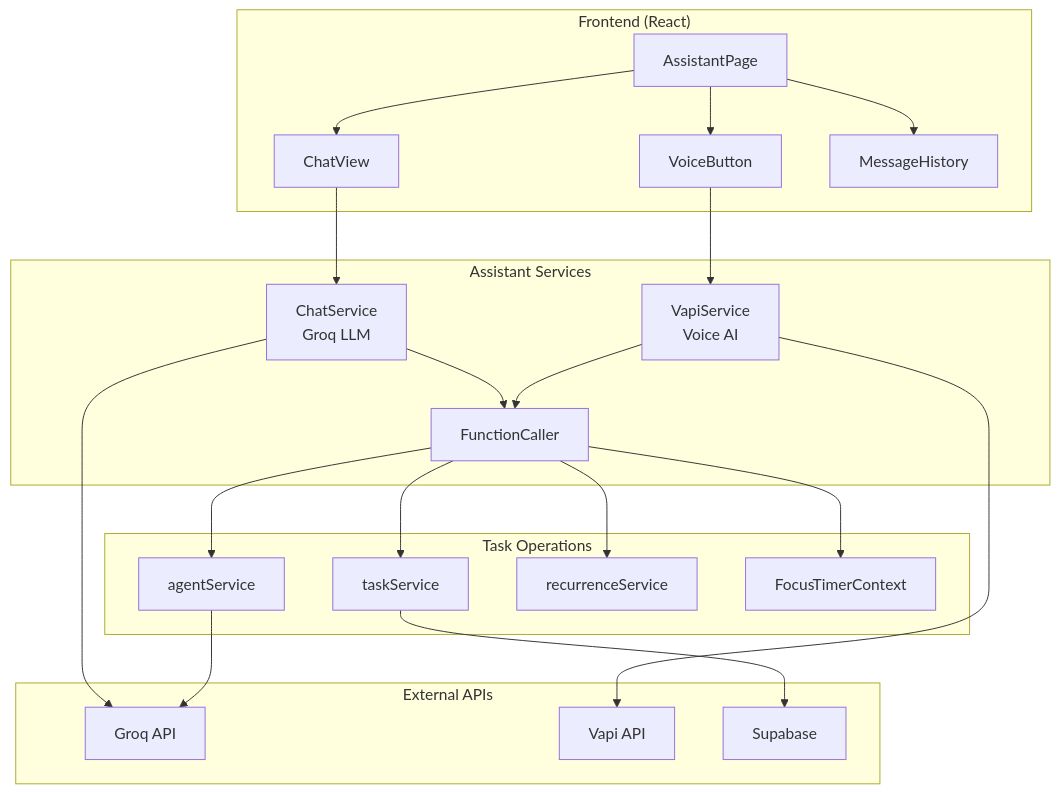
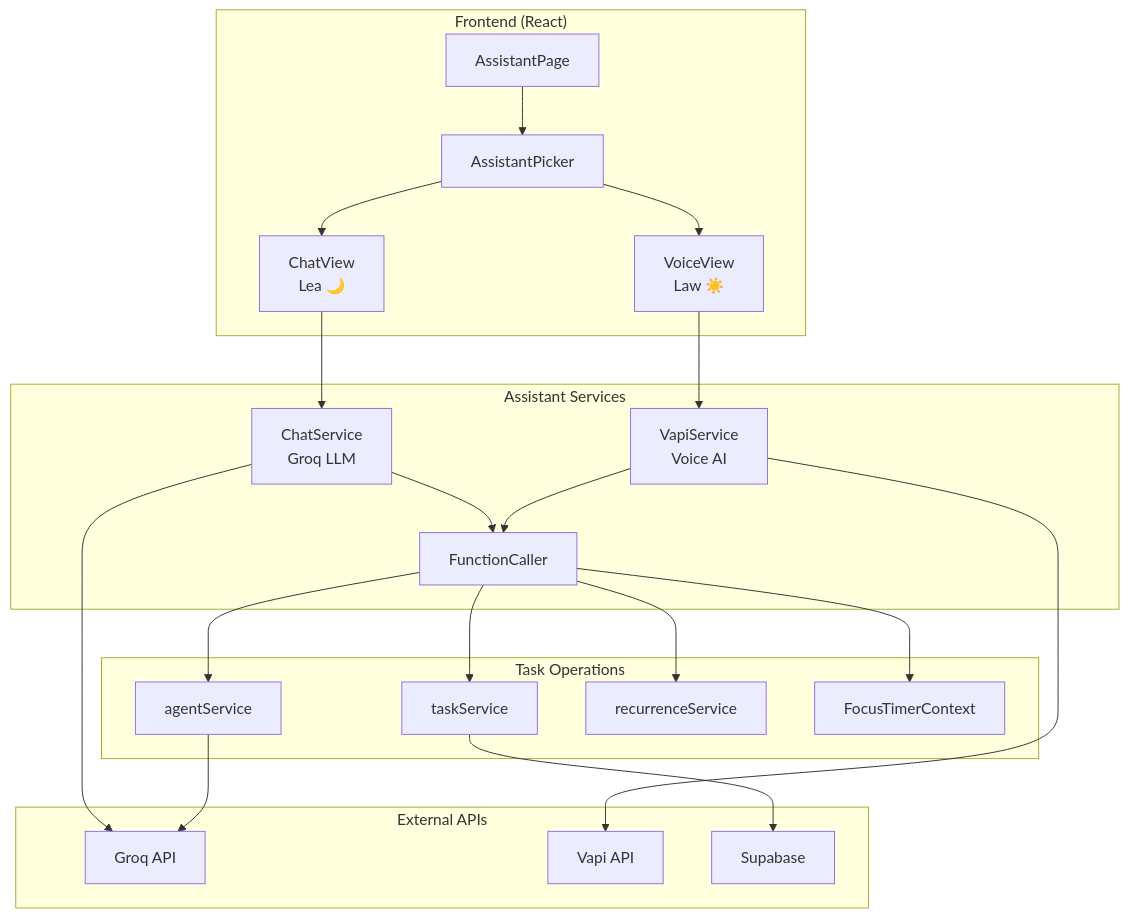
The diagram in .kiro/specs/vapi-voice-agent/design.md (andrewvu270/ClearNClaw), drawn with Mermaid before and after one commit. The commit also changed other lines of this file and 13 other files, not shown here.

First line of the commit message:
feat(assistant): introduce character-based dual-mode AI with Lea and Law

````diff
--- a/.kiro/specs/vapi-voice-agent/design.md
+++ b/.kiro/specs/vapi-voice-agent/design.md
@@ -14,48 +16,48 @@
 ```mermaid
 flowchart TB
     subgraph Frontend["Frontend (React)"]
         AP[AssistantPage]
-        CV[ChatView]
-        VB[VoiceButton]
-        MH[MessageHistory]
+        APK[AssistantPicker]
+        CV[ChatView<br/>Lea 🌙]
+        VV[VoiceView<br/>Law ☀️]
     end
     
     subgraph Services["Assistant Services"]
         CS[ChatService<br/>Groq LLM]
         VS[VapiService<br/>Voice AI]
         FC[FunctionCaller]
     end
     
     subgraph Backend["Task Operations"]
         TS[taskService]
         AS[agentService]
         RS[recurrenceService]
         FT[FocusTimerContext]
     end
     
     subgraph External["External APIs"]
         GQ[Groq API]
         VA[Vapi API]
         SB[Supabase]
     end
     
-    AP --> CV
-    AP --> VB
-    AP --> MH
+    AP --> APK
+    APK --> CV
+    APK --> VV
     
     CV --> CS
-    VB --> VS
+    VV --> VS
     
     CS --> GQ
     CS --> FC
     VS --> VA
     VS --> FC
     
     FC --> TS
     FC --> AS
     FC --> RS
     FC --> FT
     
     TS --> SB
     AS --> GQ
 ```
````
